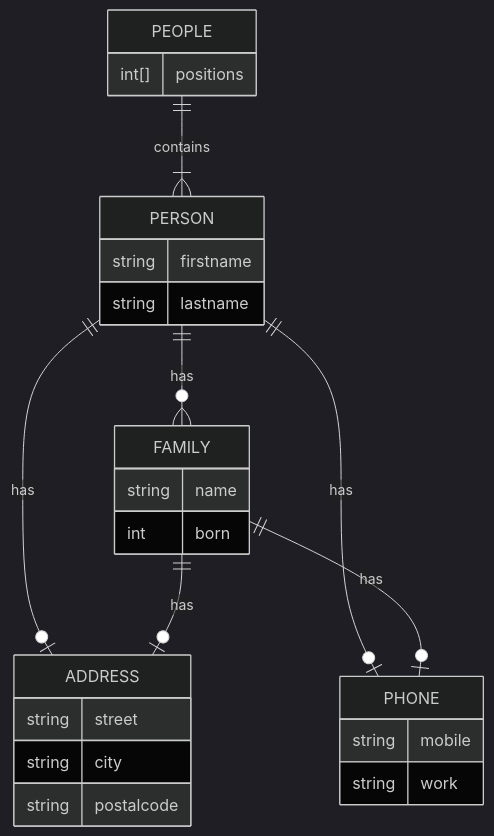
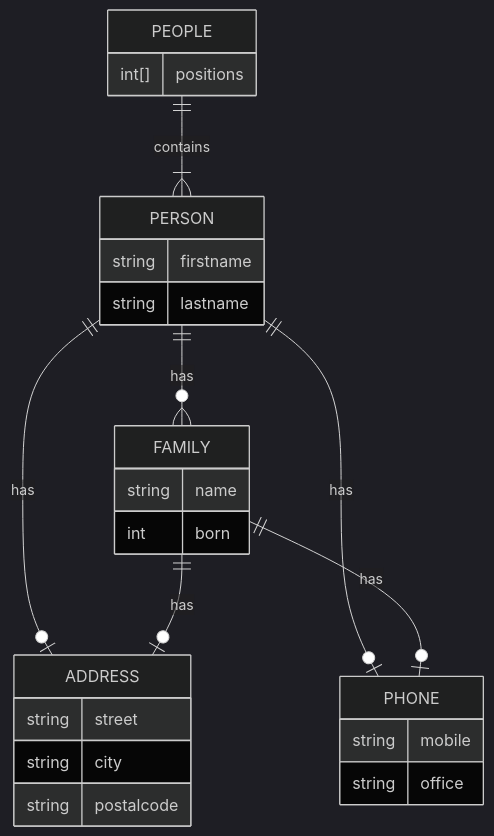
The diagram in ReadMe.md (OllCyl/flatFileToXml), drawn with Mermaid (dark theme) before and after one commit. The commit also changed other lines of this file and 2 other files, not shown here.

````diff
--- a/ReadMe.md
+++ b/ReadMe.md
@@ -100,37 +100,37 @@
 ``` mermaid
 erDiagram
     PEOPLE ||--|{ PERSON : contains
 
     PERSON ||--o| ADDRESS : has
     PERSON ||--o| PHONE : has
     PERSON ||--o{ FAMILY : has
 
     FAMILY ||--o| ADDRESS : has
     FAMILY ||--o| PHONE : has
 
     PEOPLE {
         int[] positions
     }
 
     PERSON {
         string firstname
         string lastname
     }
 
     ADDRESS {
         string street
         string city
         string postalcode
     }
 
     PHONE {
         string mobile
-        string work
+        string office
     }
 
     FAMILY {
         string name
         int born
     }
 
 ```
````
